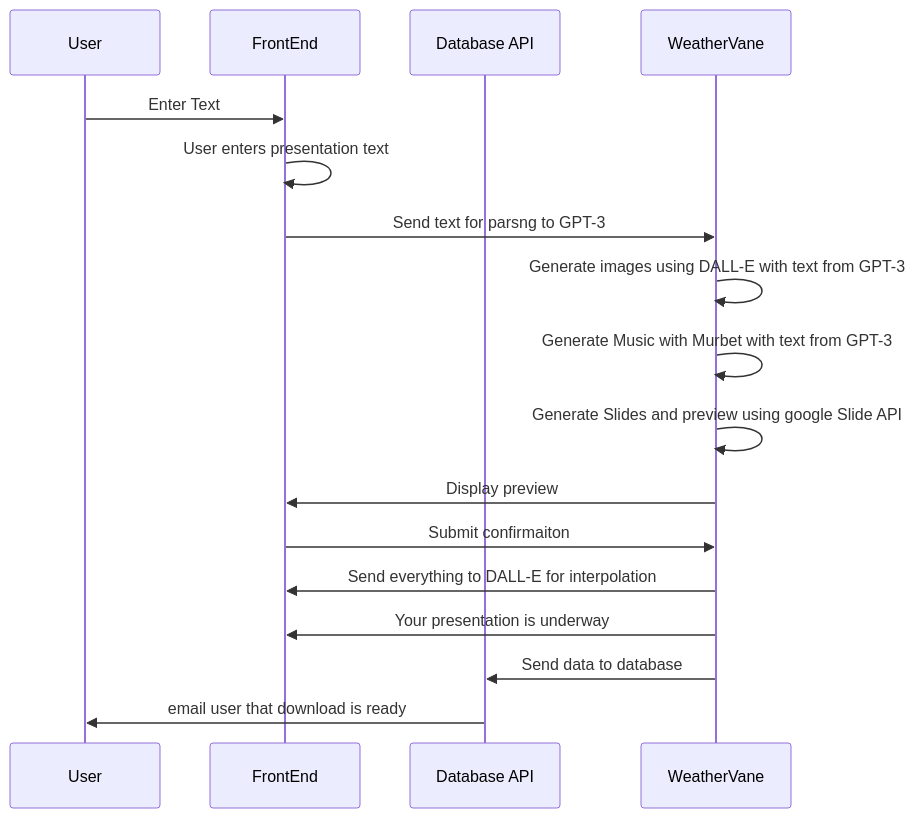
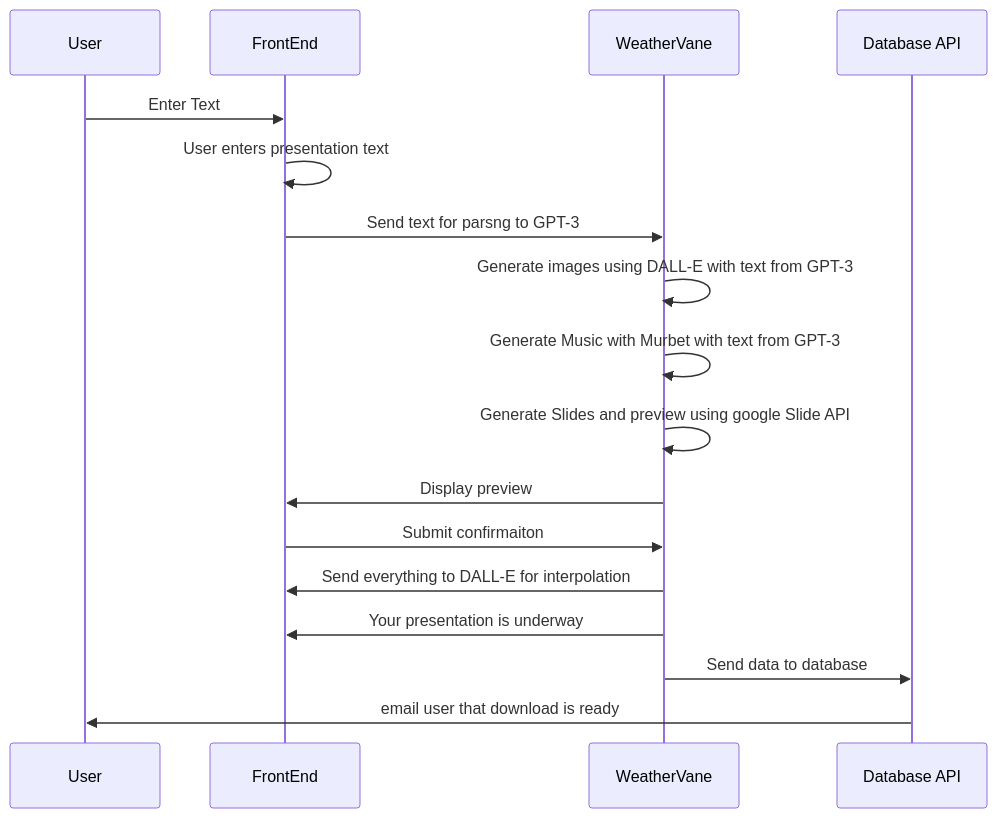
The diagram in README.md (Tex6298/Weather_Vane), drawn with Mermaid before and after one commit. The commit also changed other lines of this file, not shown here.

````diff
--- a/README.md
+++ b/README.md
@@ -31,18 +31,19 @@
 ```mermaid
 sequenceDiagram
     participant User
     participant FrontEnd
+    participant WeatherVane
     participant Database API
     User->>FrontEnd: Enter Text
     FrontEnd->>FrontEnd: User enters presentation text
     FrontEnd->>WeatherVane: Send text for parsng to GPT-3
     WeatherVane->>WeatherVane:Generate images using DALL-E with text from GPT-3
     WeatherVane->>WeatherVane: Generate Music with Murbet with text from GPT-3
     WeatherVane->>WeatherVane: Generate Slides and preview using google Slide API
     WeatherVane->>FrontEnd: Display preview
     FrontEnd->>WeatherVane: Submit confirmaiton
     WeatherVane->>FrontEnd: Send everything to DALL-E for interpolation
     WeatherVane->>FrontEnd: Your presentation is underway
     WeatherVane->>Database API: Send data to database
     Database API->>User: email user that download is ready
 ```
````
